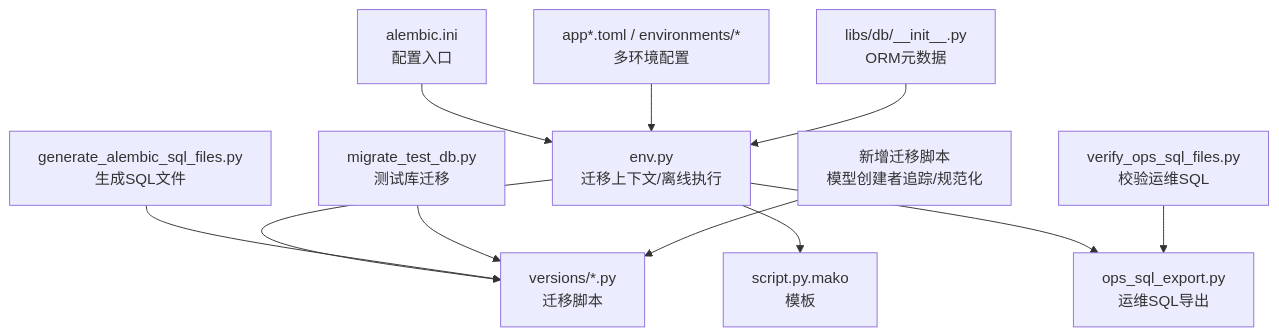
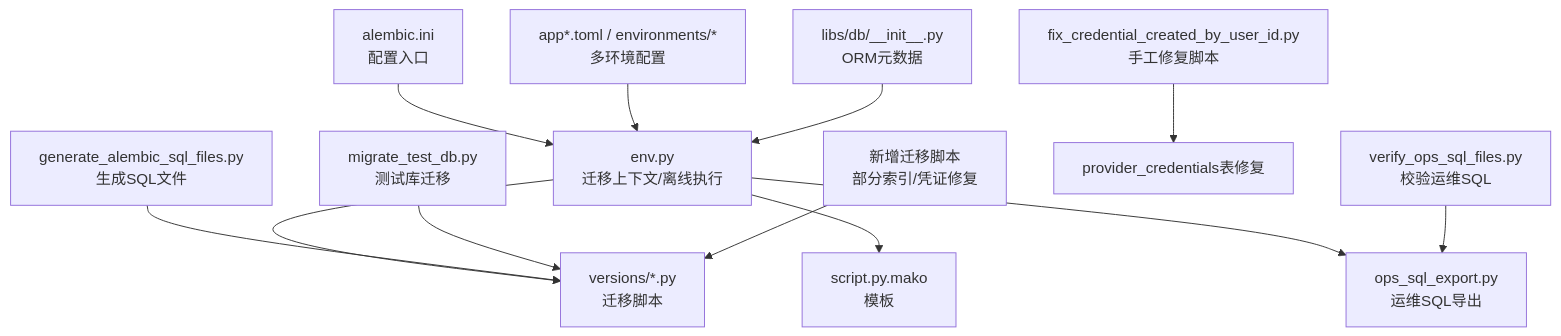
Before and after one commit to tianyehedashu/ai-agent: the first of 4 diagrams in .qoder/repowiki/zh/content/数据库设计/迁移管理.md, drawn with Mermaid. The commit also changed other lines of this file and 50 other files, not shown here.

````diff
--- a/.qoder/repowiki/zh/content/数据库设计/迁移管理.md
+++ b/.qoder/repowiki/zh/content/数据库设计/迁移管理.md
@@ -67,13 +73,14 @@
 ```mermaid
 graph TB
 A["alembic.ini<br/>配置入口"] --> B["env.py<br/>迁移上下文/离线执行"]
 B --> C["versions/*.py<br/>迁移脚本"]
 B --> D["script.py.mako<br/>模板"]
 B --> E["ops_sql_export.py<br/>运维SQL导出"]
 F["generate_alembic_sql_files.py<br/>生成SQL文件"] --> C
 G["migrate_test_db.py<br/>测试库迁移"] --> C
 H["verify_ops_sql_files.py<br/>校验运维SQL"] --> E
-I["app*.toml / environments/*<br/>多环境配置"] --> B
-J["libs/db/__init__.py<br/>ORM元数据"] --> B
-K["新增迁移脚本<br/>模型创建者追踪/规范化"] --> C
+I["fix_credential_created_by_user_id.py<br/>手工修复脚本"] --> J["provider_credentials表修复"]
+K["app*.toml / environments/*<br/>多环境配置"] --> B
+L["libs/db/__init__.py<br/>ORM元数据"] --> B
+M["新增迁移脚本<br/>部分索引/凭证修复"] --> C
 ```
````
